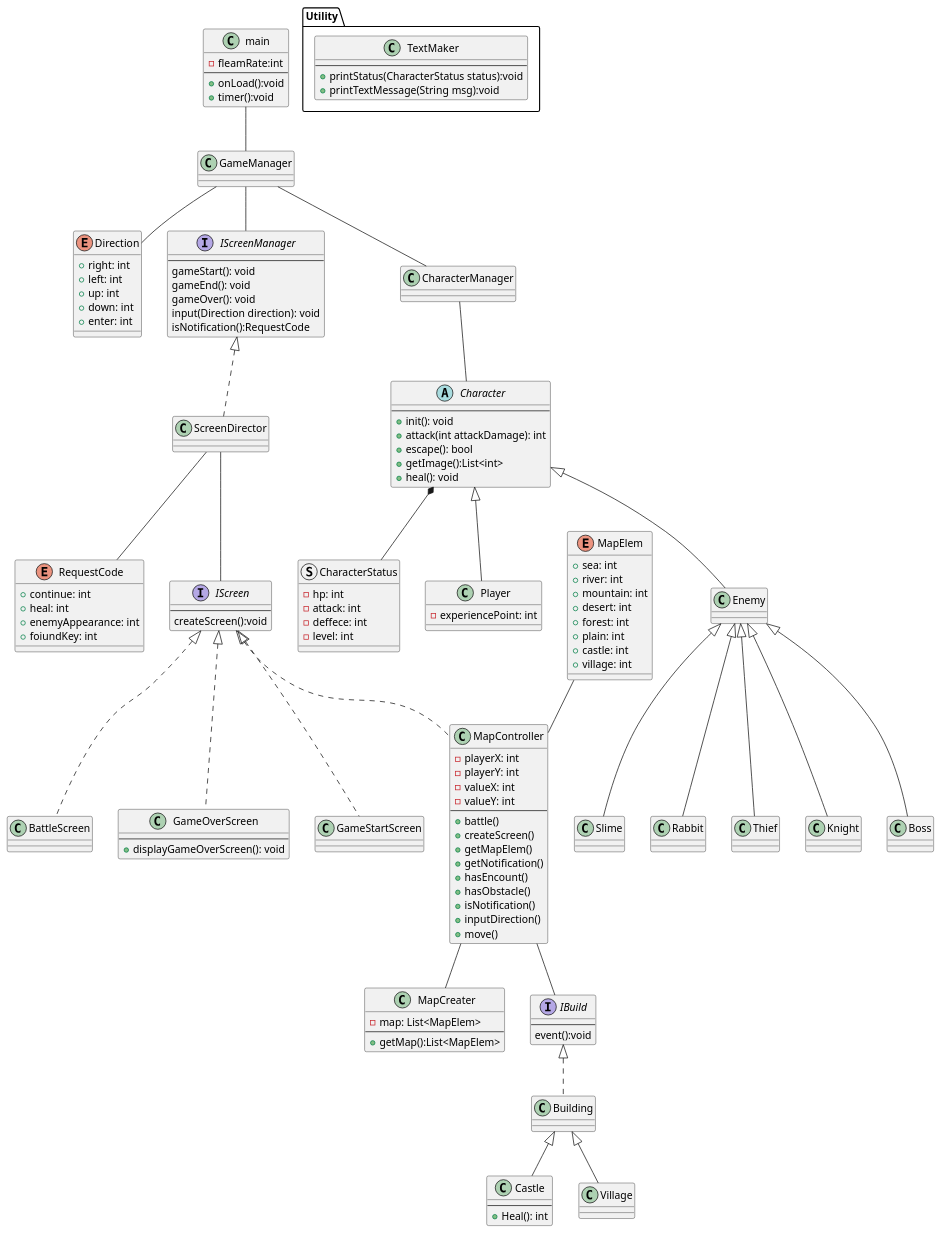
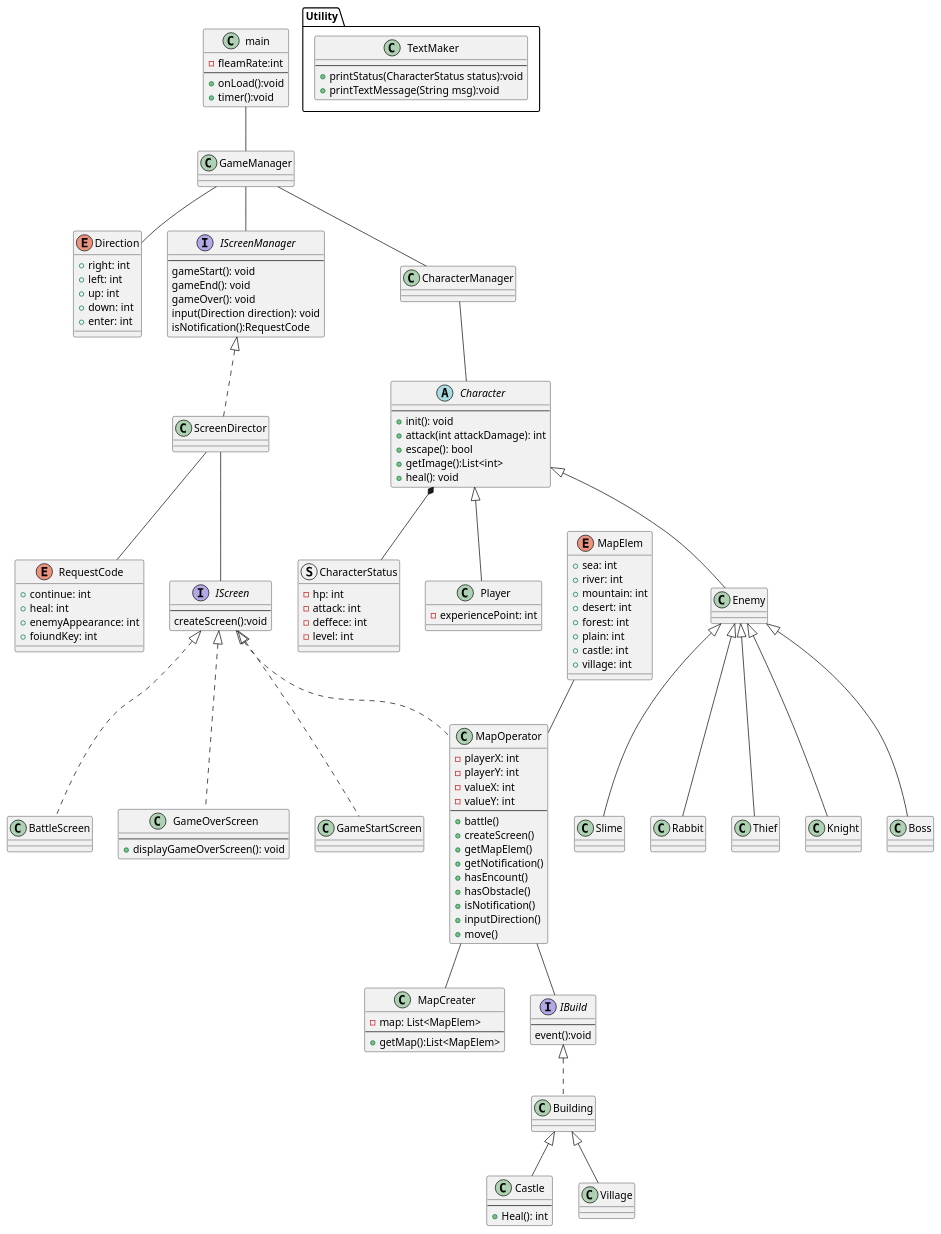
Before and after one commit to yudai19990419/ScriptGame2D: the diagram in design/class_design.pu, drawn with PlantUML. The commit also changed 16 other files, not shown here.

```diff
--- a/design/class_design.pu
+++ b/design/class_design.pu
@@ -1,199 +1,199 @@
 "@startuml classDesign"
 
 class main{
     - fleamRate:int
     --
     + onLoad():void
     + timer():void
 }
 
 class GameManager{
     
 }
 
 enum Direction {
     +right: int
     +left: int
     +up: int
     +down: int
     +enter: int
 }
 
 interface IScreenManager {
     --
     gameStart(): void
     gameEnd(): void
     gameOver(): void
     input(Direction direction): void
     isNotification():RequestCode
 }
 
 class ScreenDirector {
 
 }
 
 enum RequestCode {
     +continue: int
     +heal: int
     +enemyAppearance: int
     +foiundKey: int
 }
 
 interface IScreen {
     --
     createScreen():void
 }
 
-class MapController {
+class MapOperator {
     -playerX: int
     -playerY: int
     -valueX: int 
     -valueY: int 
     --
     +battle()
     +createScreen()
     +getMapElem()
     +getNotification()
     +hasEncount()
     +hasObstacle()
     +isNotification()
     +inputDirection()
     +move() 
 }
 
 class MapCreater {
     -map: List<MapElem>
     --
     +getMap():List<MapElem>
 }
 
 enum MapElem {
     +sea: int
     +river: int
     +mountain: int
     +desert: int
     +forest: int
     +plain: int
     +castle: int
     +village: int
 }
 
 class BattleScreen {
 
 }
 
 class GameOverScreen {
     --
     + displayGameOverScreen(): void
 }
 
 class GameStartScreen {
 
 }
 
 abstract Character {
     --
     + init(): void
     + attack(int attackDamage): int
     + escape(): bool
     + getImage():List<int>
     + heal(): void
 }
 
 class CharacterManager {
 
 }
 
 struct CharacterStatus{
     - hp: int
     - attack: int 
     - deffece: int
     - level: int
 }
 
 class Player {
     - experiencePoint: int
 }
 
 class Enemy {
     
 }
 
 class Slime {
 
 }
 
 class Rabbit {
 
 }
 
 class Thief {
 
 }
 
 class Knight {
 
 }
 
 class Boss {
     
 }
 
 interface IBuild {
     --
     event():void
 }
 
 class Building {
 
 }
 
 class Castle {
     --
     + Heal(): int
 }
 
 class Village {
 
 }
 
 package Utility {
     class TextMaker {
         --
         + printStatus(CharacterStatus status):void
         + printTextMessage(String msg):void
     }
 }
 
 main -- GameManager
 GameManager -- IScreenManager
 GameManager -- CharacterManager
 GameManager -- Direction
 
 IScreenManager <|.. ScreenDirector
 ScreenDirector -- IScreen
 IScreen <|.. BattleScreen
 IScreen <|.. GameOverScreen
 IScreen <|.. GameStartScreen
-IScreen <|.. MapController
+IScreen <|.. MapOperator
 ScreenDirector -- RequestCode
-MapController -- MapCreater
-MapController -- IBuild
-MapElem -- MapController
+MapOperator -- MapCreater
+MapOperator -- IBuild
+MapElem -- MapOperator
 
 CharacterManager -- Character
 Character <|-- Enemy
 Character <|-- Player
 Character *-- CharacterStatus
 
 Enemy <|-- Slime
 Enemy <|-- Rabbit
 Enemy <|-- Thief
 Enemy <|-- Knight
 Enemy <|-- Boss
 
 IBuild <|.. Building
 Building <|-- Castle
 Building <|-- Village
 
 @enduml
```
